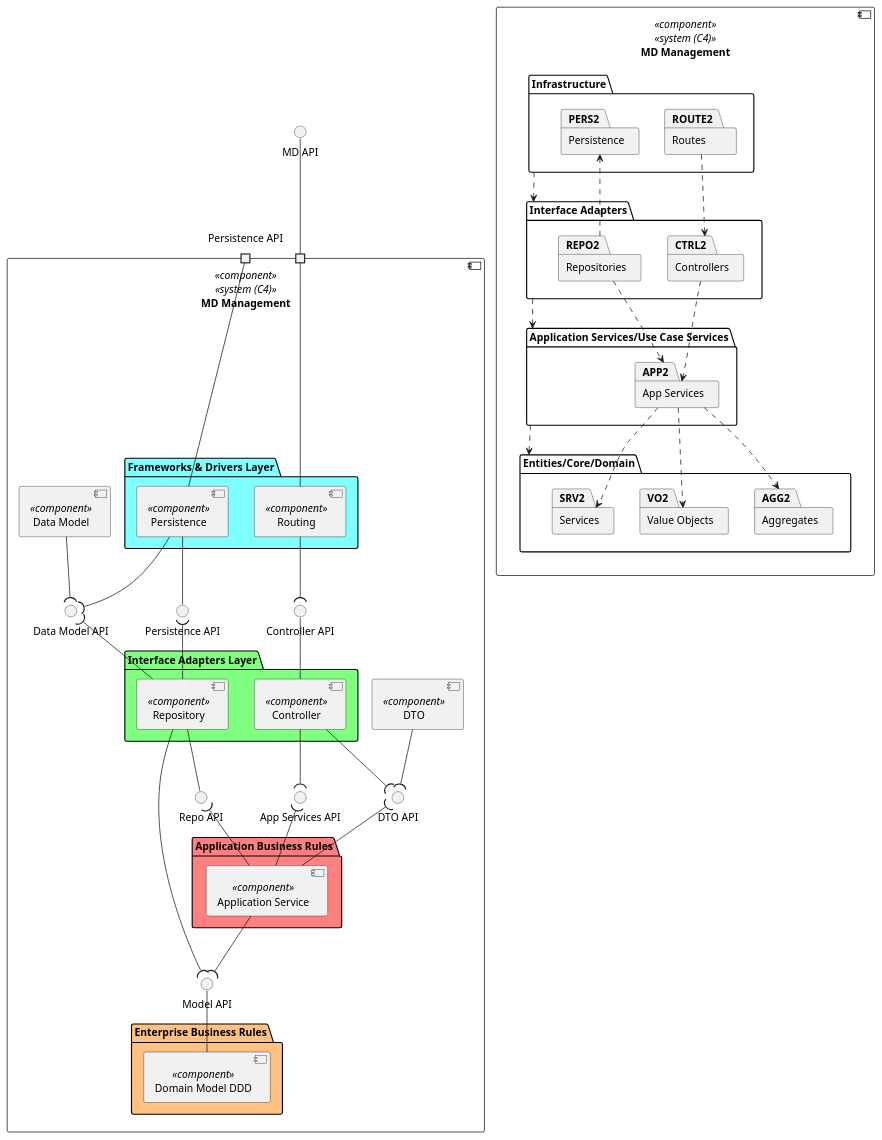
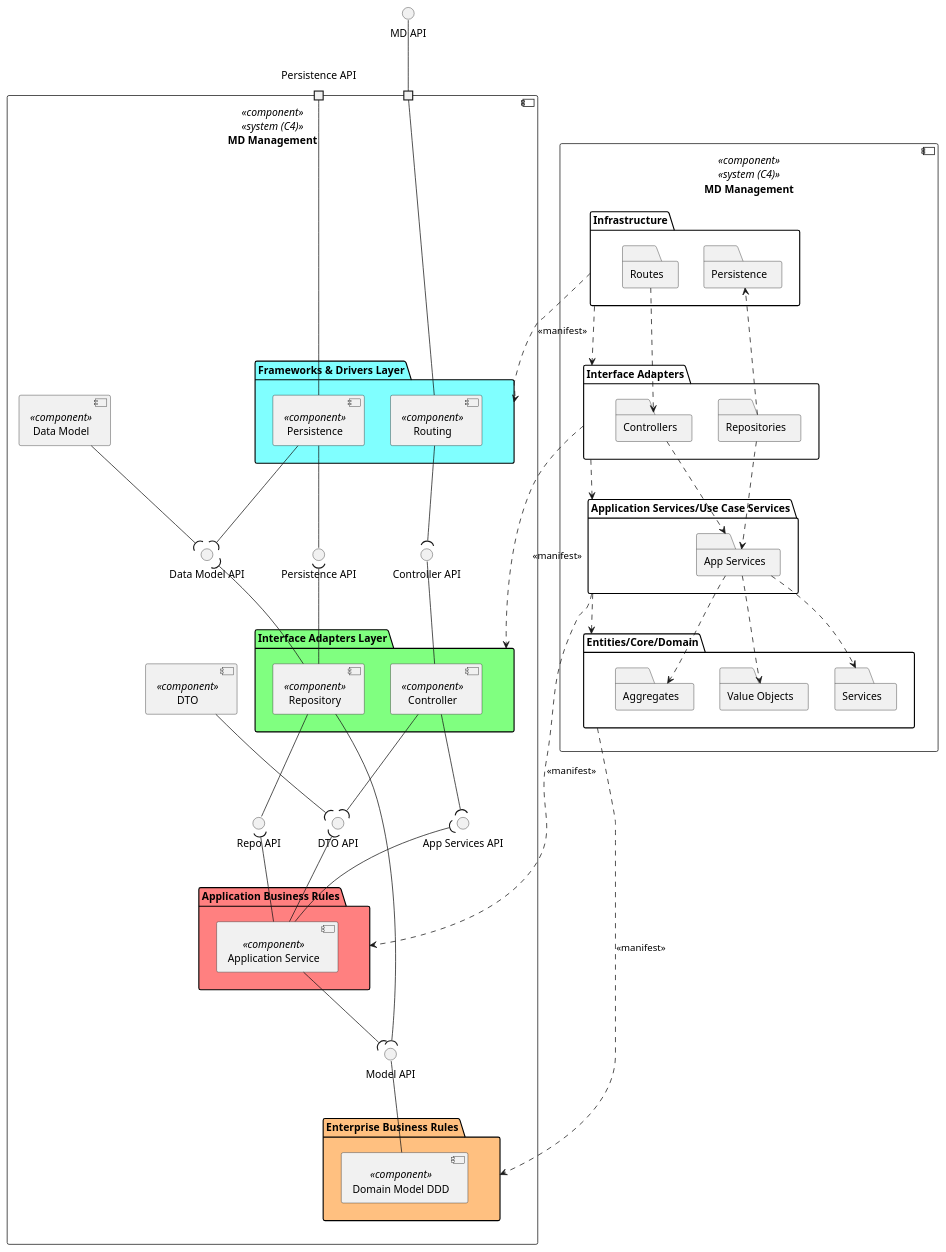
The diagram in _wiki/views/mapping/level-3/lv-iv.puml (miseEnPlace-dev/lapr5), drawn with PlantUML before and after one commit.

Commit message:
docs: updated level 3 views mapping

```diff
--- a/_wiki/views/mapping/level-3/lv-iv.puml
+++ b/_wiki/views/mapping/level-3/lv-iv.puml
@@ -1,113 +1,118 @@
 @startuml lv-iv
 
 top to bottom direction
 
 interface "MD API" as API
 
 component "MD Management" as MDM <<component>> <<system (C4)>> {
   portin " " as P1
   portin "Persistence API" as P2
 
   Interface "Controller API" as CTRL_API
   Interface "Data Model API" as DATA_API
 
 
-  folder "Frameworks & Drivers Layer" #80FFFF {
+  folder "Frameworks & Drivers Layer" as FDL #80FFFF {
     component "Routing" as ROUTE <<component>> {
     }
     component "Persistence" as PERSISTENCE <<component>> {
     }
   }
 
   component "Data Model" as DATA <<component>> {
   }
   component "DTO" as DTO <<component>> {
   }
 
   Interface "App Services API" AS SRV_API
   Interface "DTO API" AS DTO_API
   Interface "Repo API" AS REPO_API
   Interface "Model API" AS MODEL_API
   Interface "Persistence API" AS PERSISTENCE_API
 
-  folder "Interface Adapters Layer" #80FF80 {
+  folder "Interface Adapters Layer" as IAL #80FF80 {
     component "Controller" as CTRL <<component>> {
     }
     component "Repository" as REPO <<component>> {
     }
   }
 
-  folder "Application Business Rules" #FF8080 {
+  folder "Application Business Rules" as ABR #FF8080 {
     component "Application Service" as SRV <<component>> {
     }
   }
 
-  folder "Enterprise Business Rules" #FFC080 {
+  folder "Enterprise Business Rules" as EBR #FFC080 {
     component "Domain Model DDD" as MODEL <<component>> {
     }
   }
 }
 
 API -- P1
 
 ROUTE --- P1
 PERSISTENCE -- P2
 
 ROUTE --( CTRL_API
 CTRL -up- CTRL_API
 PERSISTENCE -- PERSISTENCE_API
 REPO -up-( PERSISTENCE_API 
 PERSISTENCE --( DATA_API 
 REPO -up-( DATA_API 
 DATA --( DATA_API 
 
 CTRL --( SRV_API
 SRV -up-( SRV_API
 SRV -up-( DTO_API
 CTRL --( DTO_API
 DTO --( DTO_API
 
 REPO -- REPO_API
 SRV -up-( REPO_API 
 
 SRV --( MODEL_API 
 REPO --( MODEL_API 
 MODEL -up- MODEL_API 
 
 ' ---------------------
 
 component "MD Management" as MDM2 <<component>> <<system (C4)>> {
   folder Infrastructure as I2 {
-    package Persistence as PERS2
-    package Routes as ROUTE2
+    folder Persistence as PERS2
+    folder Routes as ROUTE2
   }
 
   folder "Interface Adapters" as IA2 {
-    package Controllers as CTRL2
-    package Repositories as REPO2
+    folder Controllers as CTRL2
+    folder Repositories as REPO2
   }
 
   folder "Application Services/Use Case Services" as UC2 {
-    package "App Services" as APP2
+    folder "App Services" as APP2
   }
 
   folder "Entities/Core/Domain" as E2 {
-    package "Aggregates" as AGG2
-    package "Value Objects" as VO2
-    package "Services" as SRV2
+    folder "Aggregates" as AGG2 
+    folder "Value Objects" as VO2
+    folder "Services" as SRV2
   }
 }
 
 ROUTE2 ..> CTRL2
 REPO2 ..> PERS2
 CTRL2 ..> APP2
 REPO2 ..> APP2
 APP2 ..> AGG2
 APP2 ..> VO2
 APP2 ..> SRV2
 
 I2 ..> IA2
 IA2 ..> UC2
 UC2 ..> E2
 
+I2 ..> FDL : <<manifest>>
+IA2 ..> IAL : <<manifest>>
+UC2 ..> ABR : <<manifest>>
+E2 ..> EBR : <<manifest>>
+
 @enduml
```
